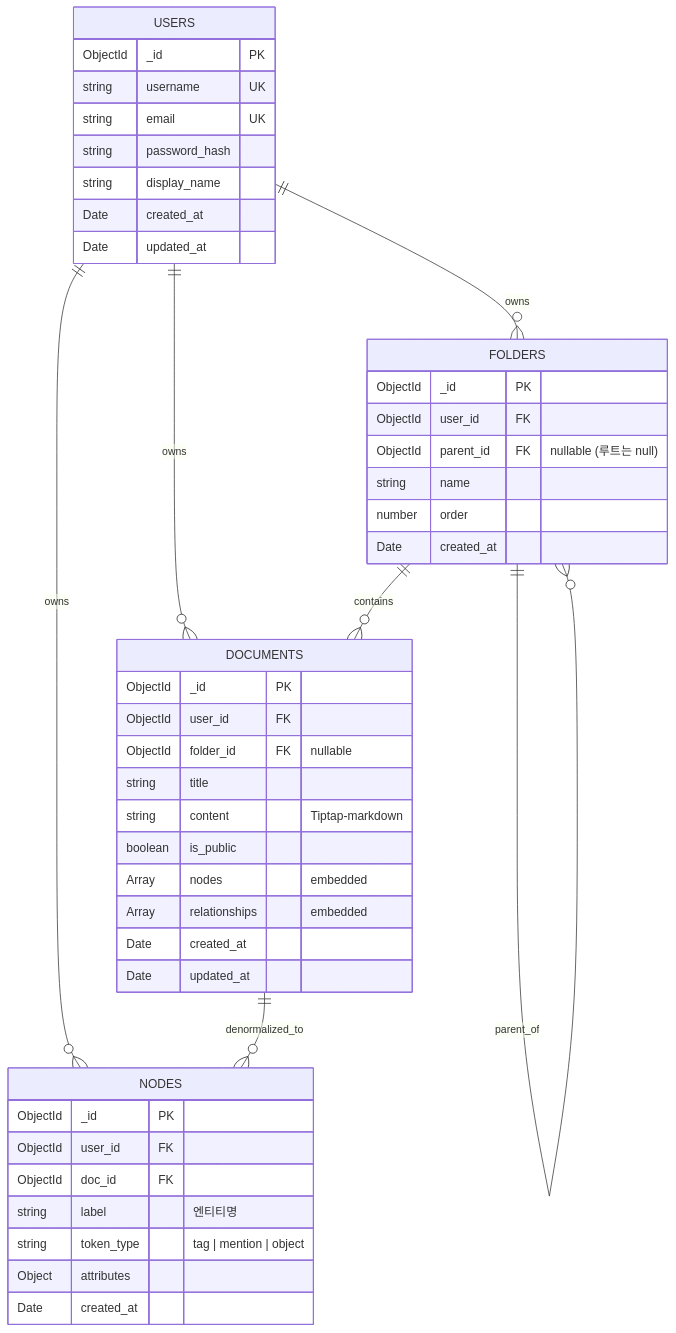
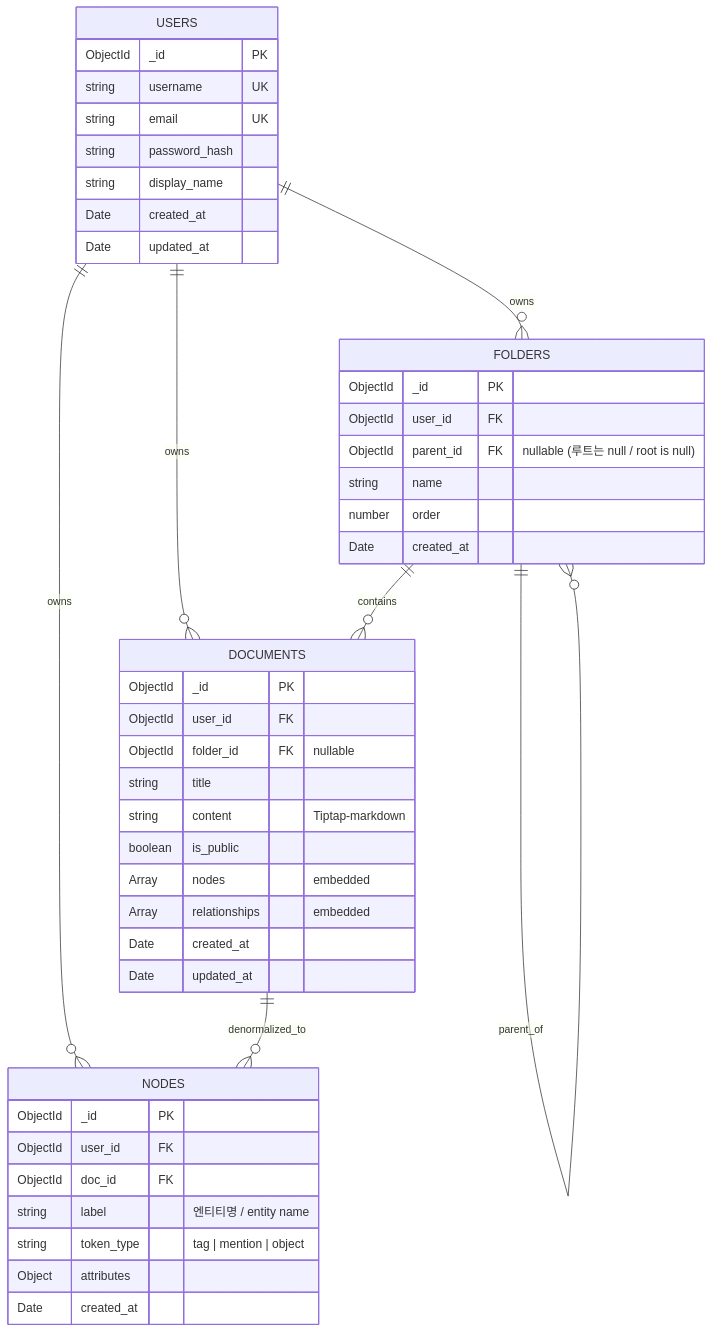
The diagram in 03_설계/DB_설계서.md (GC-Five-Guys/Docs), drawn with Mermaid before and after one commit. The commit also changed other lines of this file and 10 other files, not shown here.

````diff
--- a/03_설계/DB_설계서.md
+++ b/03_설계/DB_설계서.md
@@ -75,51 +139,51 @@
 ```mermaid
 erDiagram
     USERS ||--o{ DOCUMENTS : "owns"
     USERS ||--o{ FOLDERS   : "owns"
     USERS ||--o{ NODES     : "owns"
     FOLDERS ||--o{ DOCUMENTS : "contains"
     FOLDERS ||--o{ FOLDERS   : "parent_of"
     DOCUMENTS ||--o{ NODES     : "denormalized_to"
 
     USERS {
         ObjectId _id PK
         string username UK
         string email UK
         string password_hash
         string display_name
         Date created_at
         Date updated_at
     }
 
     FOLDERS {
         ObjectId _id PK
         ObjectId user_id FK
-        ObjectId parent_id FK "nullable (루트는 null)"
+        ObjectId parent_id FK "nullable (루트는 null / root is null)"
         string name
         number order
         Date created_at
     }
 
     DOCUMENTS {
         ObjectId _id PK
         ObjectId user_id FK
         ObjectId folder_id FK "nullable"
         string title
         string content "Tiptap-markdown"
         boolean is_public
         Array nodes "embedded"
         Array relationships "embedded"
         Date created_at
         Date updated_at
     }
 
     NODES {
         ObjectId _id PK
         ObjectId user_id FK
         ObjectId doc_id FK
-        string label "엔티티명"
+        string label "엔티티명 / entity name"
         string token_type "tag | mention | object"
         Object attributes
         Date created_at
     }
 ```
````
